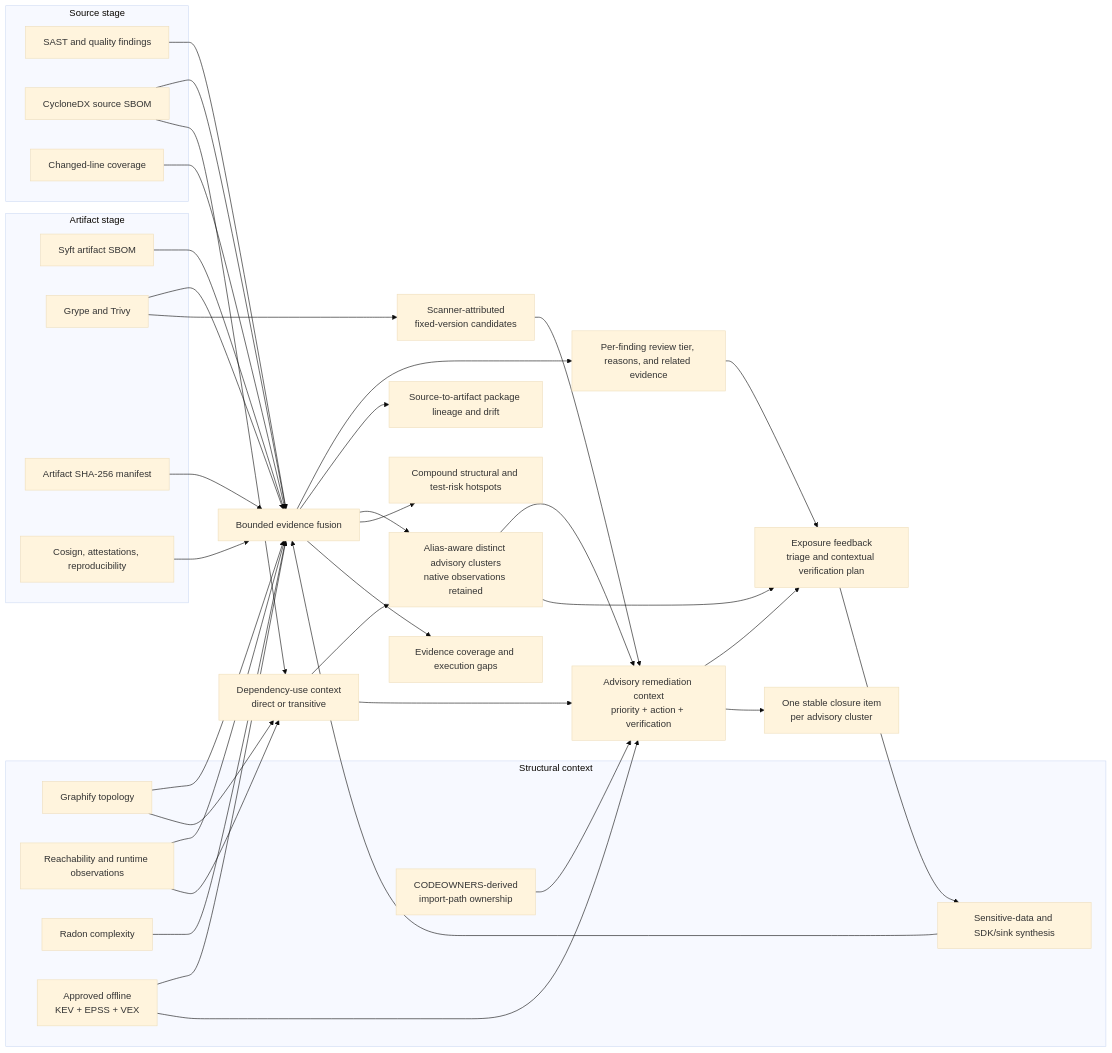
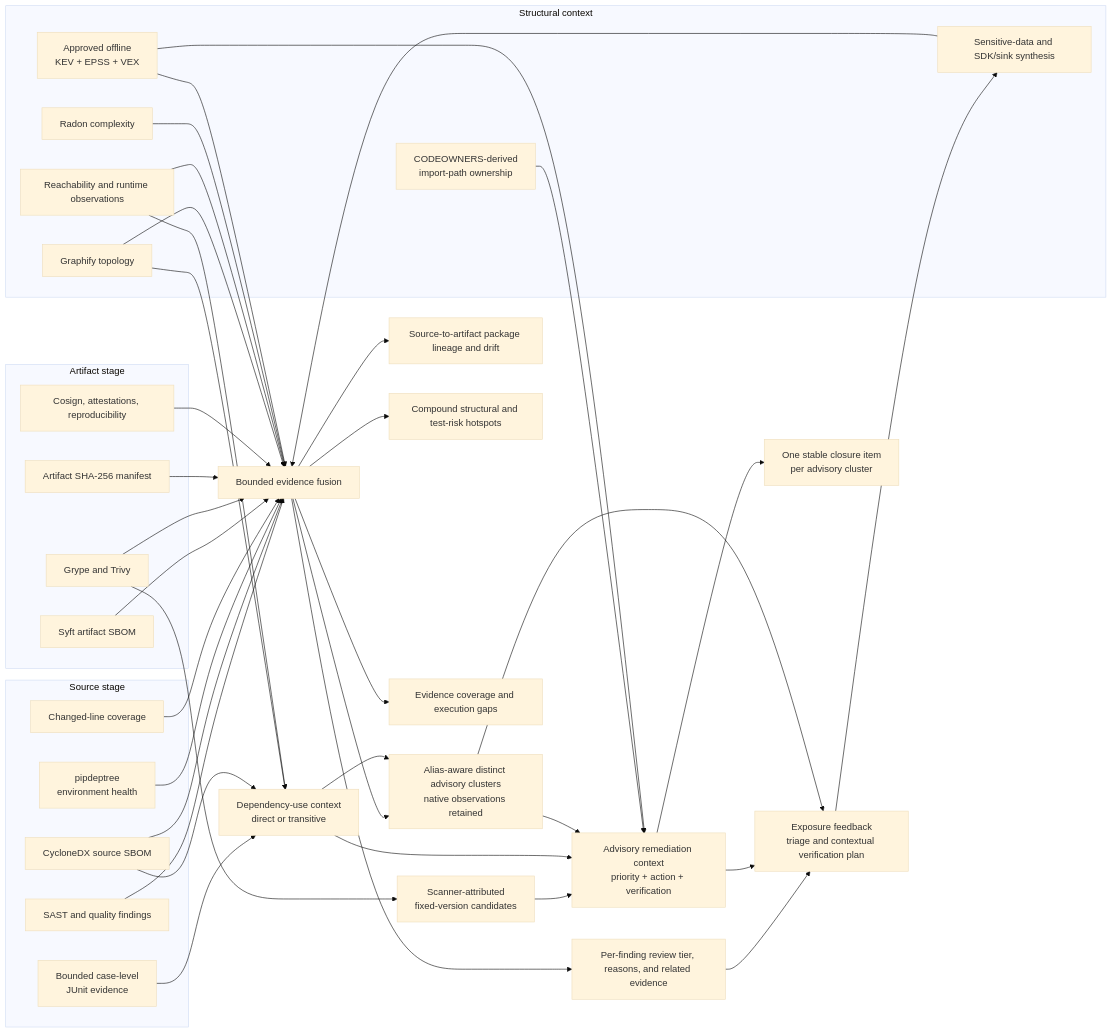
The diagram in docs/evidence-fusion.md (willtran87/project-py-security-suite), drawn with Mermaid (base theme) before and after one commit. The commit also changed other lines of this file and 28 other files, not shown here.

````diff
--- a/docs/evidence-fusion.md
+++ b/docs/evidence-fusion.md
@@ -30,54 +32,58 @@
 ```mermaid
 flowchart LR
     subgraph Source["Source stage"]
         SAST["SAST and quality findings"]
         SourceSBOM["CycloneDX source SBOM"]
+        Environment["pipdeptree<br/>environment health"]
         Diff["Changed-line coverage"]
+        Tests["Bounded case-level<br/>JUnit evidence"]
     end
     subgraph Structure["Structural context"]
         Graph["Graphify topology"]
         Reach["Reachability and runtime observations"]
         Complexity["Radon complexity"]
         Exposure["Sensitive-data and SDK/sink synthesis"]
         Intelligence["Approved offline<br/>KEV + EPSS + VEX"]
         Owners["CODEOWNERS-derived<br/>import-path ownership"]
     end
     subgraph Artifact["Artifact stage"]
         ArtifactSBOM["Syft artifact SBOM"]
         Vuln["Grype and Trivy"]
         Manifest["Artifact SHA-256 manifest"]
         Provenance["Cosign, attestations, reproducibility"]
     end
     SAST --> Fusion["Bounded evidence fusion"]
     SourceSBOM --> Fusion
+    Environment --> Fusion
     Diff --> Fusion
+    Tests --> Use
     Graph --> Fusion
     Reach --> Fusion
     Complexity --> Fusion
     Exposure --> Fusion
     Intelligence --> Fusion
     Owners --> Decision
     ArtifactSBOM --> Fusion
     Vuln --> Fusion
     Manifest --> Fusion
     Provenance --> Fusion
     Fusion --> Finding["Per-finding review tier, reasons, and related evidence"]
     Finding --> Verify["Exposure feedback<br/>triage and contextual verification plan"]
     Verify --> Exposure
     Fusion --> Lineage["Source-to-artifact package lineage and drift"]
     Fusion --> Advisory["Alias-aware distinct advisory clusters<br/>native observations retained"]
     SourceSBOM --> Use["Dependency-use context<br/>direct or transitive"]
     Graph --> Use
     Reach --> Use
     Use --> Advisory
     Vuln --> Fixes["Scanner-attributed<br/>fixed-version candidates"]
     Fixes --> Decision["Advisory remediation context<br/>priority + action + verification"]
     Intelligence --> Decision
     Use --> Decision
     Advisory --> Decision
     Decision --> Verify
     Decision --> Closure["One stable closure item<br/>per advisory cluster"]
     Advisory --> Verify
     Fusion --> Hotspots["Compound structural and test-risk hotspots"]
     Fusion --> Lanes["Evidence coverage and execution gaps"]
 ```
````
